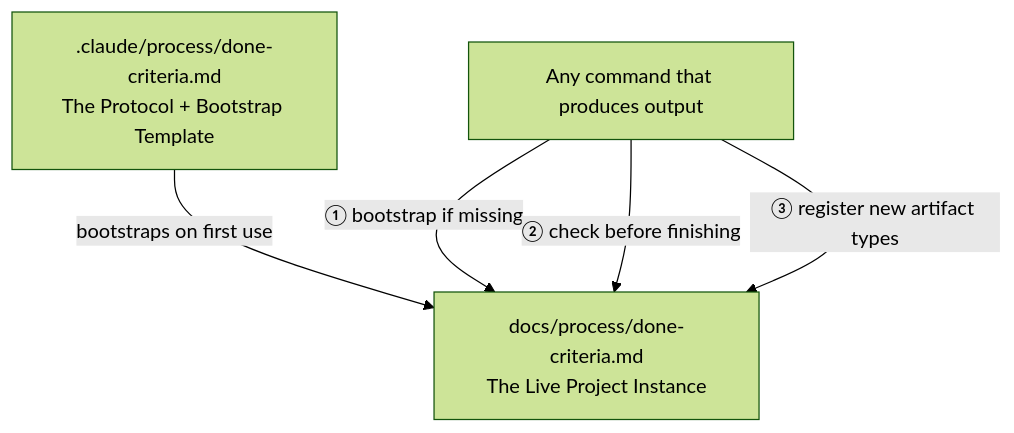
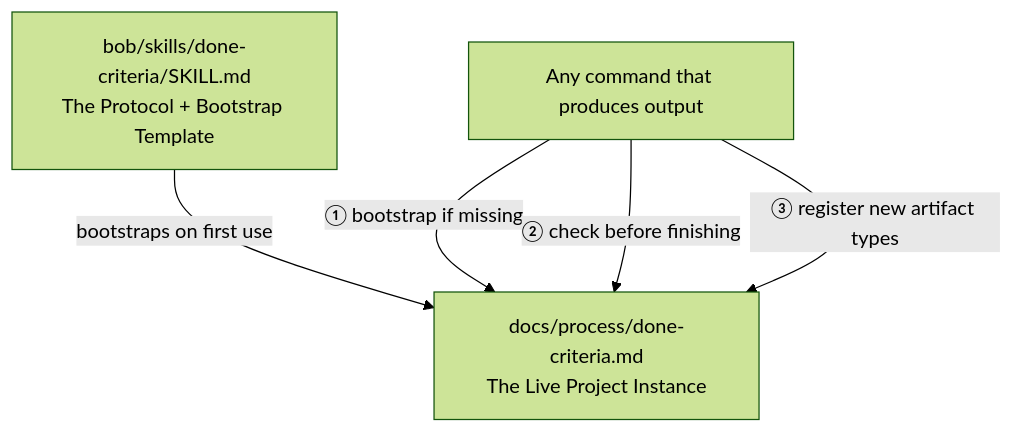
Before and after one commit to bofrese/dot.claude: the fourth of 5 diagrams in docs/user-guide.md, drawn with Mermaid (forest theme). The commit also changed other lines of this file and 14 other files, not shown here.

````diff
--- a/docs/user-guide.md
+++ b/docs/user-guide.md
@@ -470,11 +469,11 @@
 ```mermaid
 flowchart TD
-    PROTO[".claude/process/done-criteria.md<br/>The Protocol + Bootstrap Template"]
+    PROTO["bob/skills/done-criteria/SKILL.md<br/>The Protocol + Bootstrap Template"]
     PROJ["docs/process/done-criteria.md<br/>The Live Project Instance"]
     CMD["Any command that produces output"]
 
     PROTO -->|"bootstraps on first use"| PROJ
     CMD -->|"① bootstrap if missing"| PROJ
     CMD -->|"② check before finishing"| PROJ
     CMD -->|"③ register new artifact types"| PROJ
 ```
````
